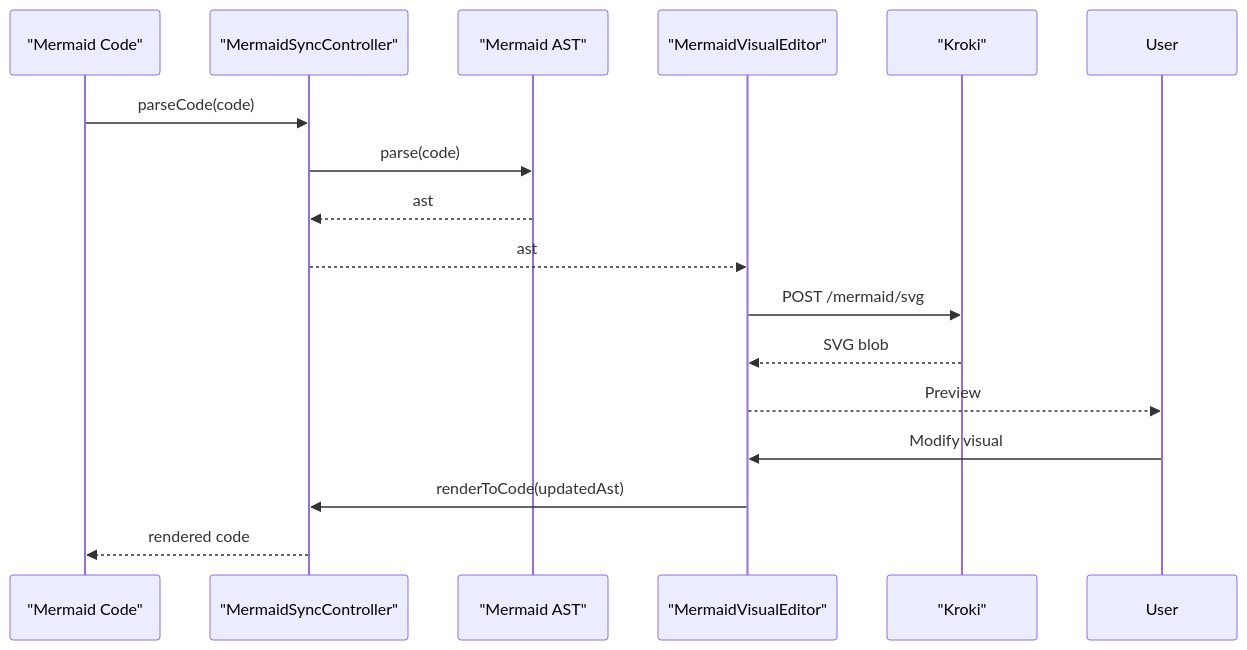
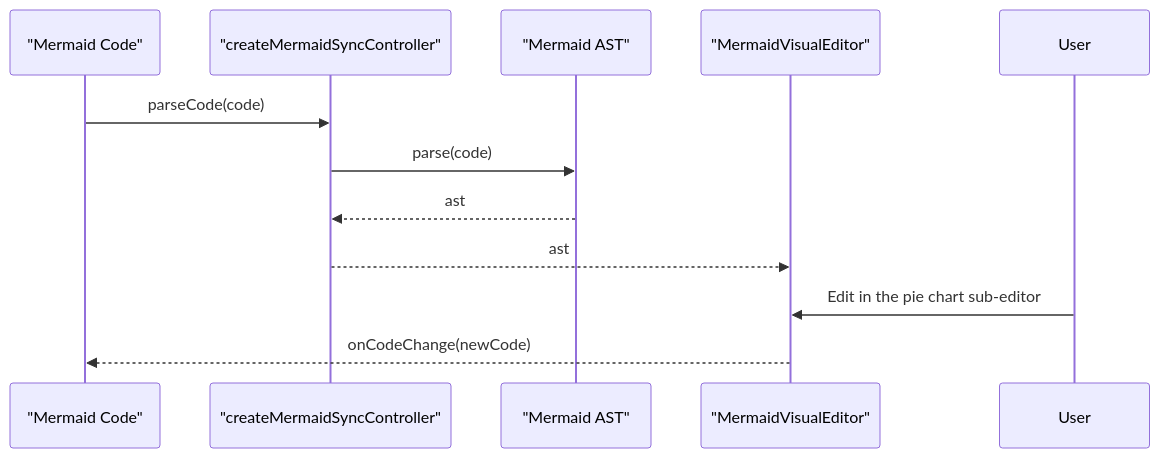
Before and after one commit to ongchonghian/universal-diagram-editor: the fourth of 9 diagrams in .qoder/repowiki/en/content/Project Overview.md, drawn with Mermaid. The commit also changed other lines of this file and 31 other files, not shown here.

````diff
--- a/.qoder/repowiki/en/content/Project Overview.md
+++ b/.qoder/repowiki/en/content/Project Overview.md
@@ -194,18 +195,13 @@
 ```mermaid
 sequenceDiagram
 participant Code as "Mermaid Code"
-participant Sync as "MermaidSyncController"
+participant Sync as "createMermaidSyncController"
 participant AST as "Mermaid AST"
 participant Visual as "MermaidVisualEditor"
-participant Kroki as "Kroki"
 Code->>Sync : parseCode(code)
 Sync->>AST : parse(code)
 AST-->>Sync : ast
 Sync-->>Visual : ast
-Visual->>Kroki : POST /mermaid/svg
-Kroki-->>Visual : SVG blob
-Visual-->>User : Preview
-User->>Visual : Modify visual
-Visual->>Sync : renderToCode(updatedAst)
-Sync-->>Code : rendered code
+User->>Visual : Edit in the pie chart sub-editor
+Visual-->>Code : onCodeChange(newCode)
 ```
````
